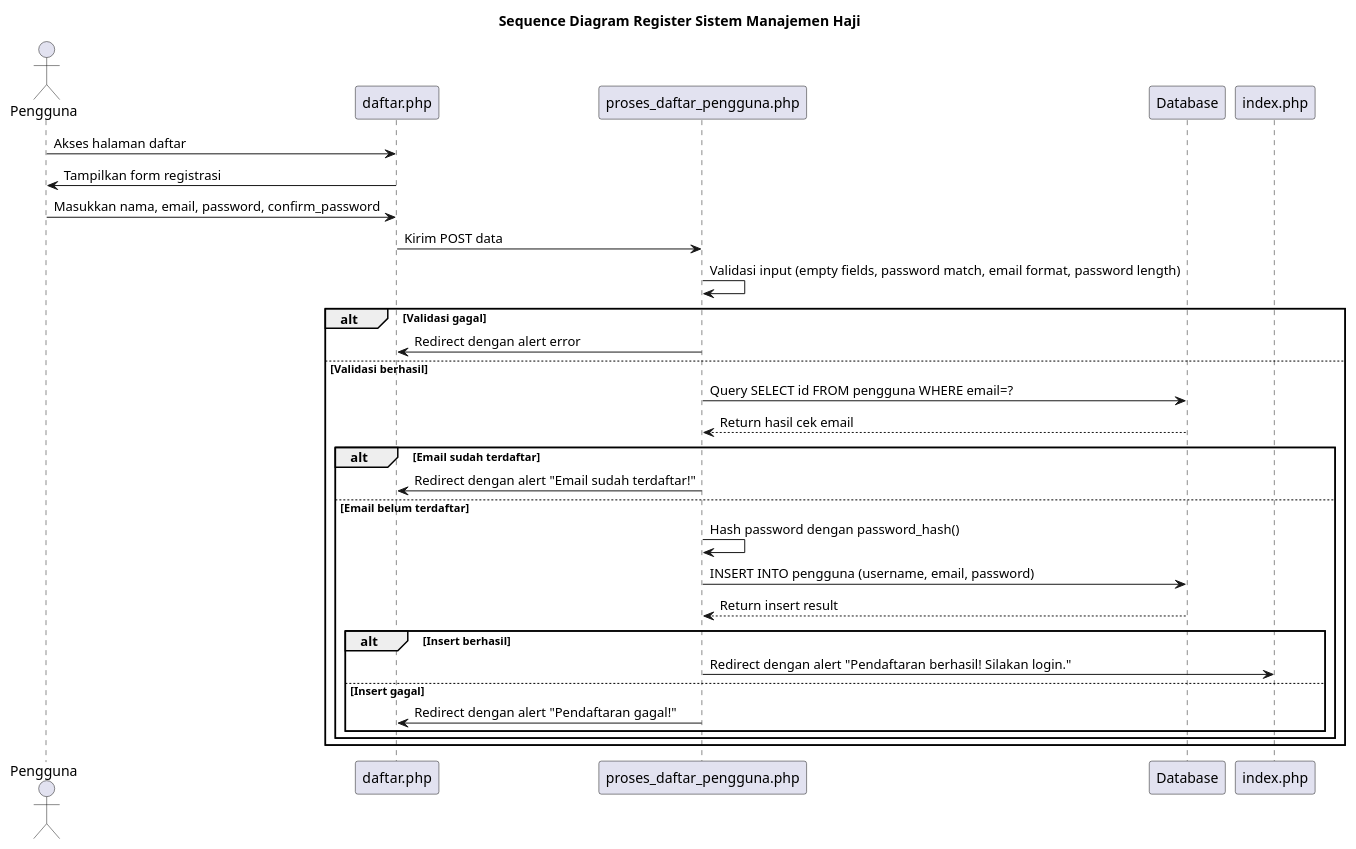
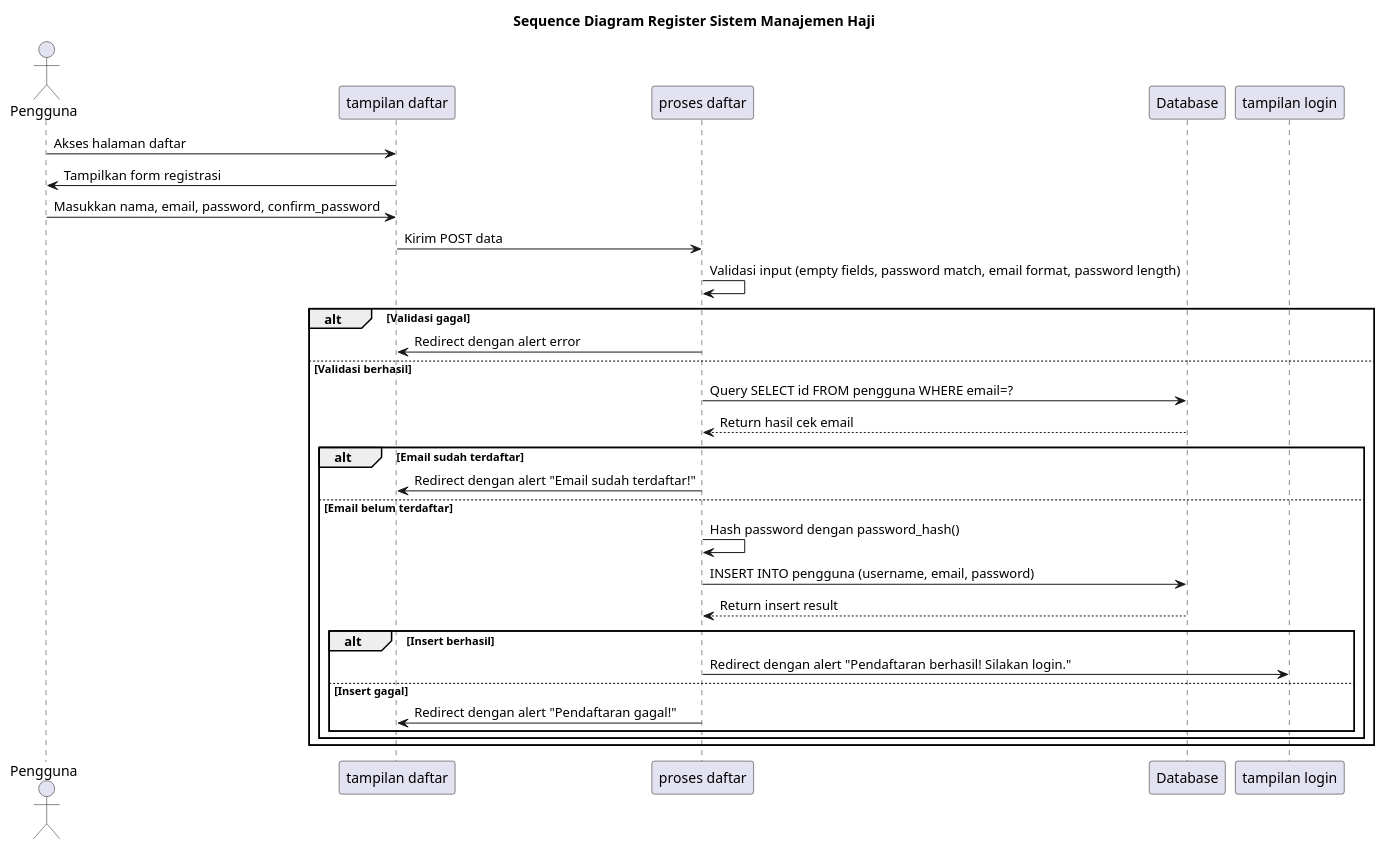
Before and after one commit to fauzirahayu/uzicom: the diagram in komponen/sequence_diagram_register.puml, drawn with PlantUML. The commit also changed 24 other files, not shown here.

```diff
--- a/komponen/sequence_diagram_register.puml
+++ b/komponen/sequence_diagram_register.puml
@@ -1,40 +1,40 @@
 @startuml Sequence Diagram Register
 
 title Sequence Diagram Register Sistem Manajemen Haji
 
 actor Pengguna as User
-participant "daftar.php" as RegisterPage
-participant "proses_daftar_pengguna.php" as Register
+participant "tampilan daftar" as RegisterPage
+participant "proses daftar" as Register
 participant "Database" as DB
-participant "index.php" as LoginPage
+participant "tampilan login" as LoginPage
 
 User -> RegisterPage: Akses halaman daftar
 RegisterPage -> User: Tampilkan form registrasi
 
 User -> RegisterPage: Masukkan nama, email, password, confirm_password
 RegisterPage -> Register: Kirim POST data
 
 Register -> Register: Validasi input (empty fields, password match, email format, password length)
 
 alt Validasi gagal
     Register -> RegisterPage: Redirect dengan alert error
 else Validasi berhasil
     Register -> DB: Query SELECT id FROM pengguna WHERE email=?
     DB --> Register: Return hasil cek email
 
     alt Email sudah terdaftar
         Register -> RegisterPage: Redirect dengan alert "Email sudah terdaftar!"
     else Email belum terdaftar
         Register -> Register: Hash password dengan password_hash()
         Register -> DB: INSERT INTO pengguna (username, email, password)
         DB --> Register: Return insert result
 
         alt Insert berhasil
             Register -> LoginPage: Redirect dengan alert "Pendaftaran berhasil! Silakan login."
         else Insert gagal
             Register -> RegisterPage: Redirect dengan alert "Pendaftaran gagal!"
         end
     end
 end
 
 @enduml
```
